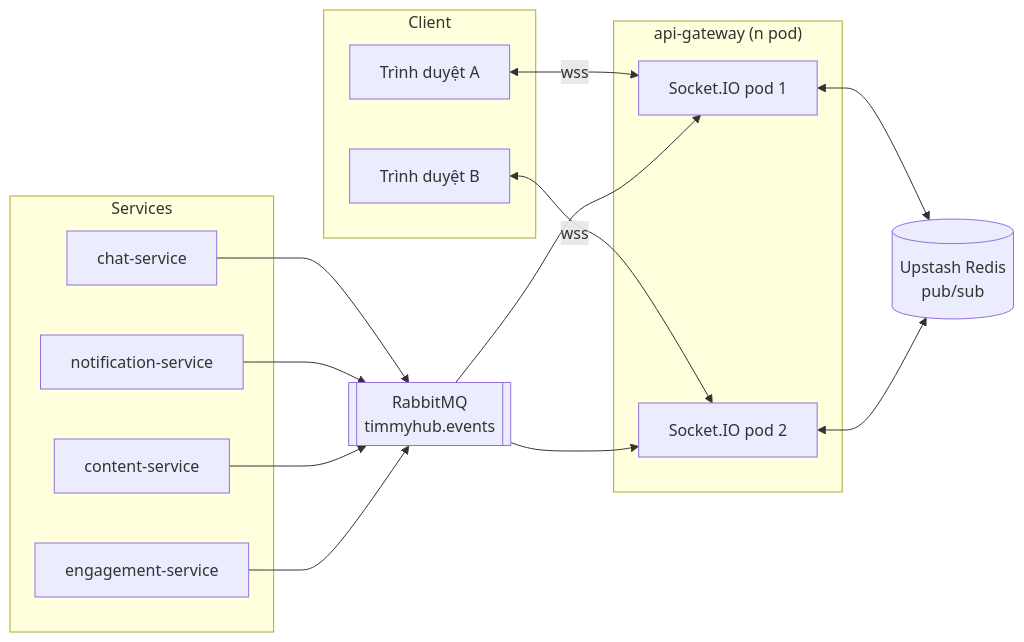
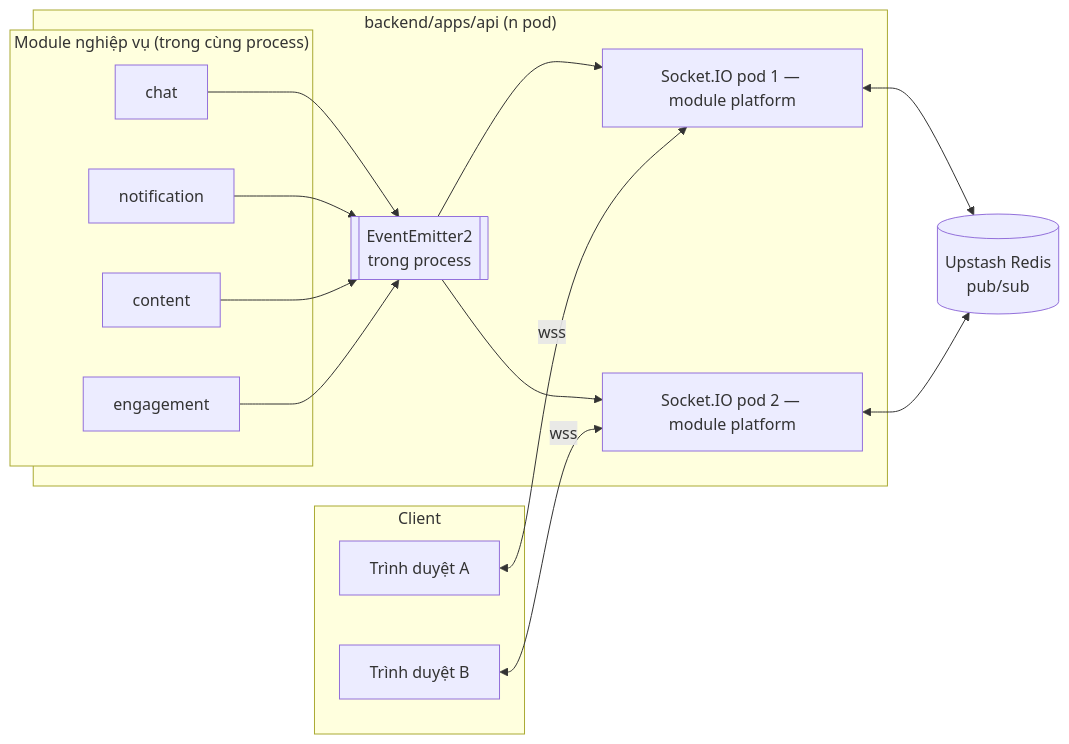
One commit to timmy277/timmyhub changed the first of 3 diagrams in docs/01-architecture/realtime.md. Above: the diagram before and after it, drawn with Mermaid. The commit also changed other lines of this file and 34 other files, not shown here.

````diff
--- a/docs/01-architecture/realtime.md
+++ b/docs/01-architecture/realtime.md
@@ -13,30 +18,30 @@
 ```mermaid
 flowchart LR
     subgraph Client
         B1[Trình duyệt A]
         B2[Trình duyệt B]
     end
-    subgraph Gateway["api-gateway (n pod)"]
-        WS1[Socket.IO pod 1]
-        WS2[Socket.IO pod 2]
+    subgraph Api["backend/apps/api (n pod)"]
+        WS1[Socket.IO pod 1 — module platform]
+        WS2[Socket.IO pod 2 — module platform]
+        subgraph Modules["Module nghiệp vụ (trong cùng process)"]
+            CH[chat]
+            NT[notification]
+            CT[content]
+            EN[engagement]
+        end
+        EE[[EventEmitter2<br/>trong process]]
+        CH --> EE
+        NT --> EE
+        CT --> EE
+        EN --> EE
+        EE --> WS1
+        EE --> WS2
     end
     R[(Upstash Redis<br/>pub/sub)]
-    subgraph Services
-        CH[chat-service]
-        NT[notification-service]
-        CT[content-service]
-        EN[engagement-service]
-    end
-    MQ[[RabbitMQ<br/>timmyhub.events]]
 
     B1 <-->|wss| WS1
     B2 <-->|wss| WS2
     WS1 <--> R
     WS2 <--> R
-    CH --> MQ
-    NT --> MQ
-    CT --> MQ
-    EN --> MQ
-    MQ --> WS1
-    MQ --> WS2
 ```
````
